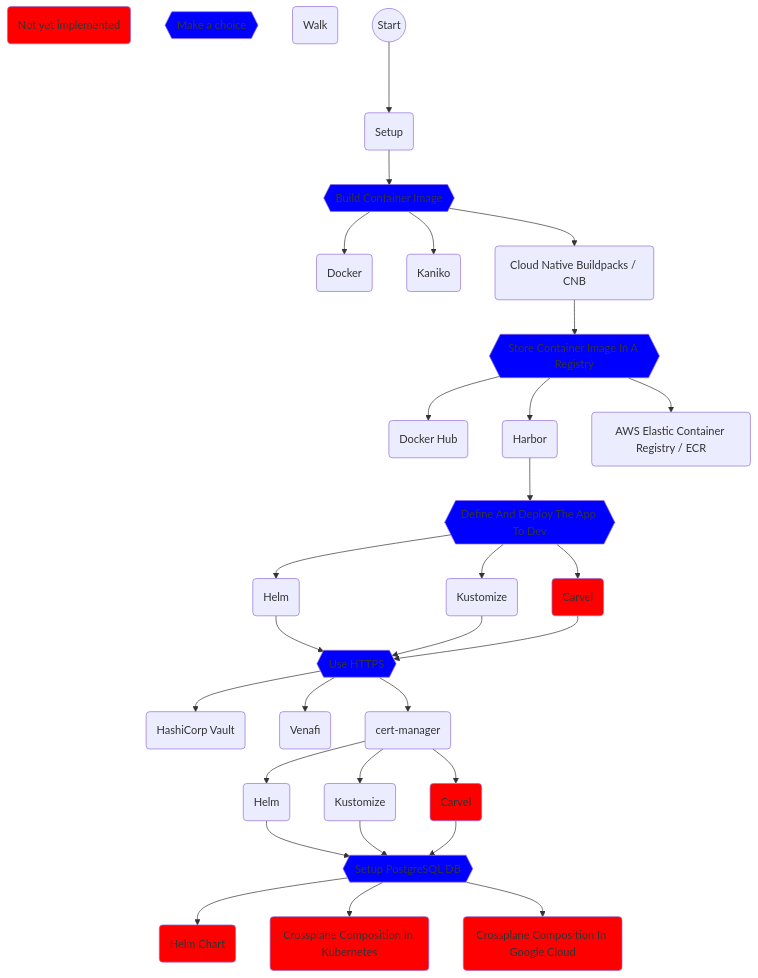
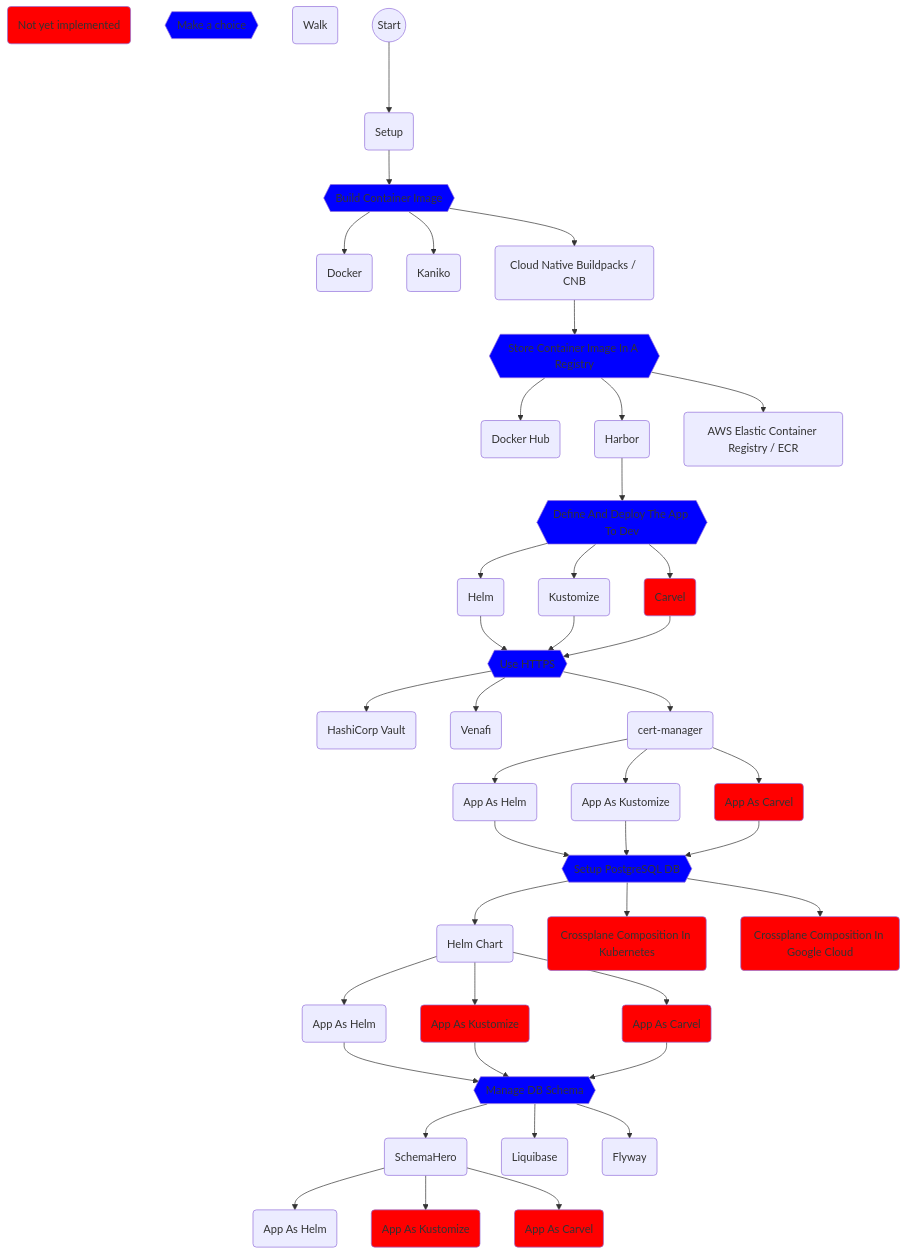
Before and after one commit to vfarcic/cncf-demo: the diagram in solution.md, drawn with Mermaid. The commit also changed other lines of this file and 22 other files, not shown here.

````diff
--- a/solution.md
+++ b/solution.md
@@ -69,11 +69,11 @@
     click https2 "vfarcic/cncf-demo/blob/main/manuscript/https/venafi.md" _blank
     https3(cert-manager)
     click https3 "vfarcic/cncf-demo/blob/main/manuscript/https/cert-manager.md" _blank
-    https3-helm(Helm)
+    https3-helm(App As Helm)
     click https3-helm "vfarcic/cncf-demo/blob/main/manuscript/https/cert-manager-helm.md" _blank
-    https3-kustomize(Kustomize)
+    https3-kustomize(App As Kustomize)
     click https3-kustomize "vfarcic/cncf-demo/blob/main/manuscript/https/cert-manager-kustomize.md" _blank
-    https3-carvel(Carvel)
+    https3-carvel(App As Carvel)
     style https3-carvel fill:red
 
     https-->https1;
@@ -88,7 +88,14 @@
     style db fill:blue
     db-helm(Helm Chart)
     click db-helm "vfarcic/cncf-demo/blob/main/manuscript/db/helm.md" _blank
-    style db-helm fill:red
+    db-helm-helm(App As Helm)
+    click db-helm-helm "vfarcic/cncf-demo/blob/main/manuscript/db/helm-helm.md" _blank
+    db-helm-kustomize(App As Kustomize)
+    click db-helm-kustomize "vfarcic/cncf-demo/blob/main/manuscript/db/helm-kustomize.md" _blank
+    style db-helm-kustomize fill:red
+    db-helm-carvel(App As Carvel)
+    click db-helm-carvel "vfarcic/cncf-demo/blob/main/manuscript/db/helm-carvel.md" _blank
+    style db-helm-carvel fill:red
     db-crossplane-local(Crossplane Composition In Kubernetes)
     click db-crossplane-local "vfarcic/cncf-demo/blob/main/manuscript/db/crossplane-local.md" _blank
     style db-crossplane-local fill:red
@@ -99,4 +106,32 @@
     db-->db-helm;
     db-->db-crossplane-local;
     db-->db-crossplane-google;
+    db-helm-->db-helm-helm-->db-schema;
+    db-helm-->db-helm-kustomize-->db-schema;
+    db-helm-->db-helm-carvel-->db-schema;
+
+    db-schema{{Manage DB Schema}}
+    click db-schema "vfarcic/cncf-demo/blob/main/manuscript/db-schema/story.md" _blank
+    style db-schema fill:blue
+    db-schema-schemahero(SchemaHero)
+    click db-schema-schemahero "vfarcic/cncf-demo/blob/main/manuscript/db-schema/schemahero.md" _blank
+    db-schema-liquibase(Liquibase)
+    click db-schema-liquibase "vfarcic/cncf-demo/blob/main/manuscript/db-schema/liquibase.md" _blank
+    db-schema-flyway(Flyway)
+    click db-schema-flyway "vfarcic/cncf-demo/blob/main/manuscript/db-schema/flyway.md" _blank
+    db-schema-schemahero-helm(App As Helm)
+    click db-schema-schemahero-helm "vfarcic/cncf-demo/blob/main/manuscript/db-schema/schemahero-helm.md" _blank
+    db-schema-schemahero-kustomize(App As Kustomize)
+    click db-schema-schemahero-kustomize "vfarcic/cncf-demo/blob/main/manuscript/db-schema/schemahero-kustomize.md" _blank
+    style db-schema-schemahero-kustomize fill:red
+    db-schema-schemahero-carvel(App As Carvel)
+    click db-schema-schemahero-carvel "vfarcic/cncf-demo/blob/main/manuscript/db-schema/schemahero-carvel.md" _blank
+    style db-schema-schemahero-carvel fill:red
+
+    db-schema-->db-schema-flyway;
+    db-schema-->db-schema-liquibase;
+    db-schema-->db-schema-schemahero;
+    db-schema-schemahero-->db-schema-schemahero-helm;
+    db-schema-schemahero-->db-schema-schemahero-kustomize;
+    db-schema-schemahero-->db-schema-schemahero-carvel;
 ```
````
